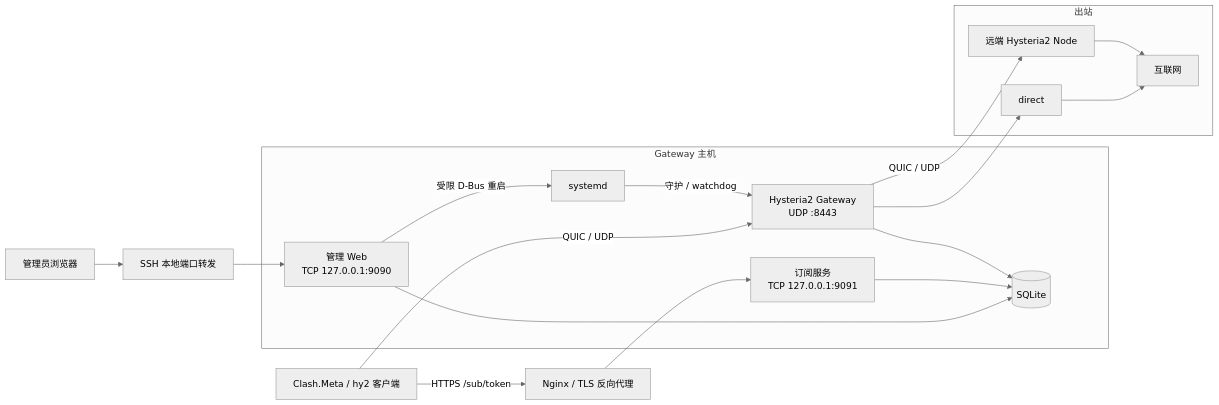
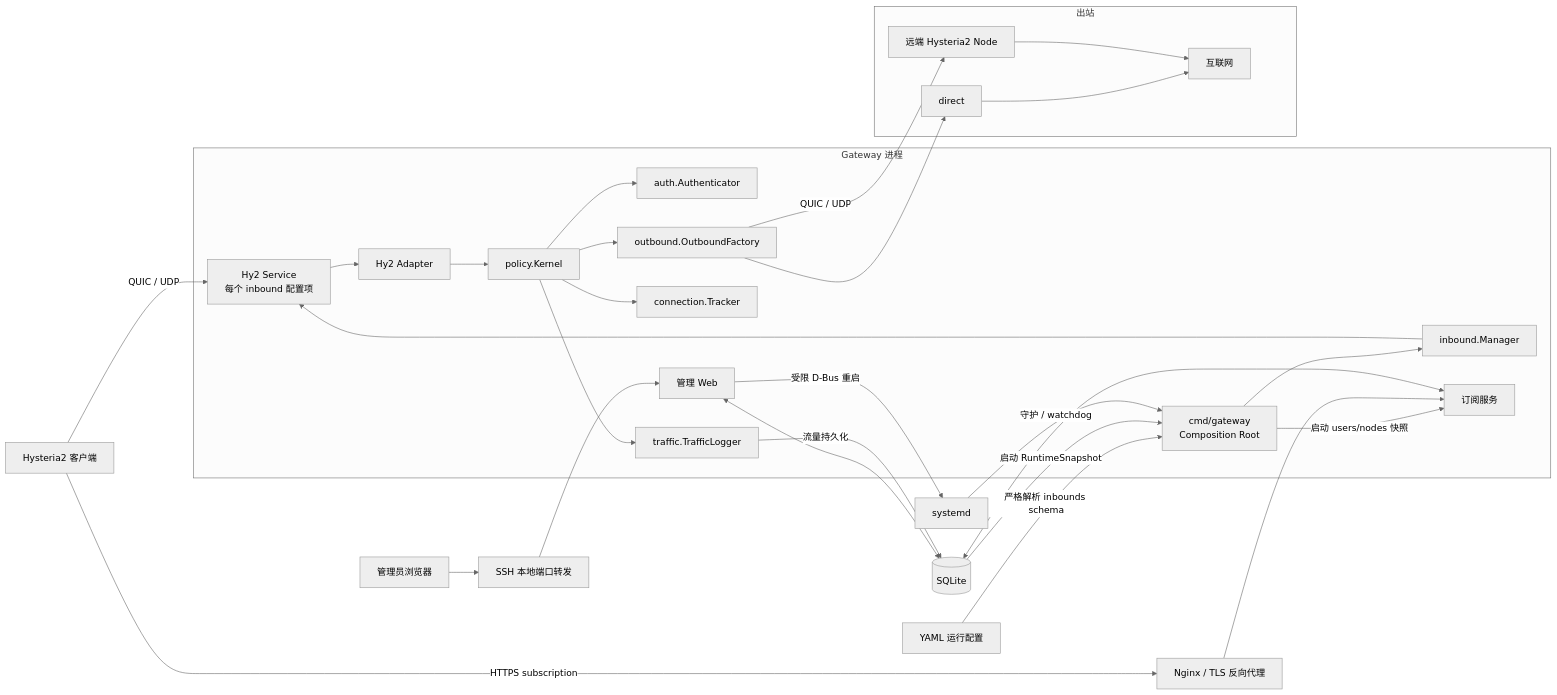
One commit to clayicarus/proxy-gateway changed the first of 4 diagrams in docs/ARCHITECTURE.md. Above: the diagram before and after it, drawn with Mermaid (neutral theme). The commit also changed other lines of this file and 33 other files, not shown here.

Commit message:
refactor: integrate inbound policy kernel

````diff
--- a/docs/ARCHITECTURE.md
+++ b/docs/ARCHITECTURE.md
@@ -7,32 +9,50 @@
 ```mermaid
 flowchart LR
-    C[Clash.Meta / hy2 客户端]
+    C[Hysteria2 客户端]
     A[管理员浏览器]
     SSH[SSH 本地端口转发]
     N[Nginx / TLS 反向代理]
+    Y[YAML 运行配置]
+    DB[(SQLite)]
+    SD[systemd]
 
-    subgraph Gateway 主机
-        G[Hysteria2 Gateway<br/>UDP :8443]
-        W[管理 Web<br/>TCP 127.0.0.1:9090]
-        S[订阅服务<br/>TCP 127.0.0.1:9091]
-        DB[(SQLite)]
-        SD[systemd]
+    subgraph Gateway 进程
+        MAIN[cmd/gateway<br/>Composition Root]
+        IM[inbound.Manager]
+        HS[Hy2 Service<br/>每个 inbound 配置项]
+        HA[Hy2 Adapter]
+        K[policy.Kernel]
+        AU[auth.Authenticator]
+        TL[traffic.TrafficLogger]
+        CT[connection.Tracker]
+        OF[outbound.OutboundFactory]
+        W[管理 Web]
+        S[订阅服务]
+
+        MAIN --> IM --> HS --> HA --> K
+        K --> AU
+        K --> TL
+        K --> CT
+        K --> OF
     end
 
     subgraph 出站
         D[direct]
         H[远端 Hysteria2 Node]
         I[互联网]
     end
 
-    C -->|QUIC / UDP| G
+    Y -->|严格解析 inbounds schema| MAIN
+    DB -->|启动 RuntimeSnapshot| MAIN
+    MAIN -->|启动 users/nodes 快照| S
+    C -->|QUIC / UDP| HS
     A --> SSH --> W
-    C -->|HTTPS /sub/token| N --> S
-    W --> DB
-    S --> DB
-    G --> DB
+    C -->|HTTPS subscription| N --> S
+    W <--> DB
+    S <--> DB
+    TL -->|流量持久化| DB
     W -->|受限 D-Bus 重启| SD
-    SD -->|守护 / watchdog| G
-    G --> D --> I
-    G -->|QUIC / UDP| H --> I
+    SD -->|守护 / watchdog| MAIN
+    OF --> D --> I
+    OF -->|QUIC / UDP| H --> I
 ```
````
